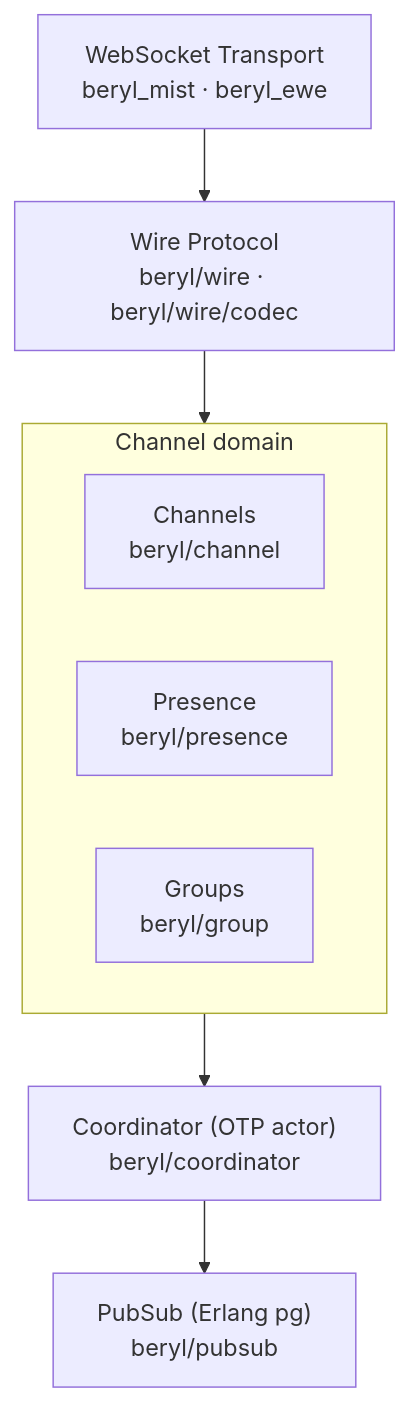
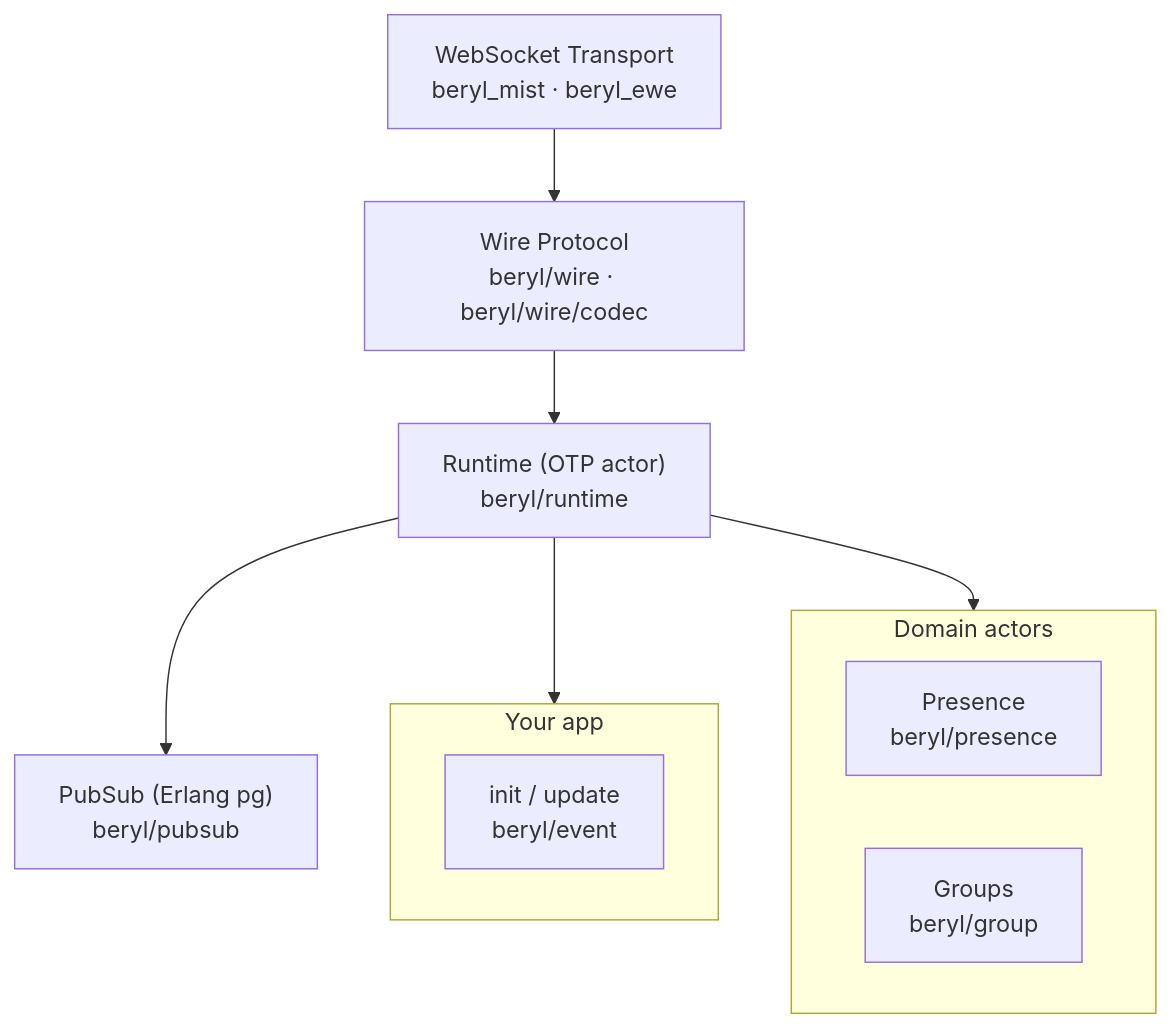
The first of 2 diagrams in website/src/content/docs/architecture/overview.md (tylerbutler/beryl), drawn with Mermaid before and after one commit. The commit also changed other lines of this file and 90 other files, not shown here.

First line of the commit message:
docs(beryl): document app-side dispatch (#267)

````diff
--- a/website/src/content/docs/architecture/overview.md
+++ b/website/src/content/docs/architecture/overview.md
@@ -22,13 +22,17 @@
 ```mermaid
 flowchart TB
   T["WebSocket Transport<br/>beryl_mist · beryl_ewe"]
   W["Wire Protocol<br/>beryl/wire · beryl/wire/codec"]
-  subgraph Domain["Channel domain"]
-    C["Channels<br/>beryl/channel"]
+  RT["Runtime (OTP actor)<br/>beryl/runtime"]
+  subgraph App["Your app"]
+    U["init / update<br/>beryl/event"]
+  end
+  subgraph Domain["Domain actors"]
     P["Presence<br/>beryl/presence"]
     G["Groups<br/>beryl/group"]
   end
-  CO["Coordinator (OTP actor)<br/>beryl/coordinator"]
   PS["PubSub (Erlang pg)<br/>beryl/pubsub"]
-  T --> W --> Domain --> CO --> PS
+  T --> W --> RT --> App
+  RT --> Domain
+  RT --> PS
 ```
````
